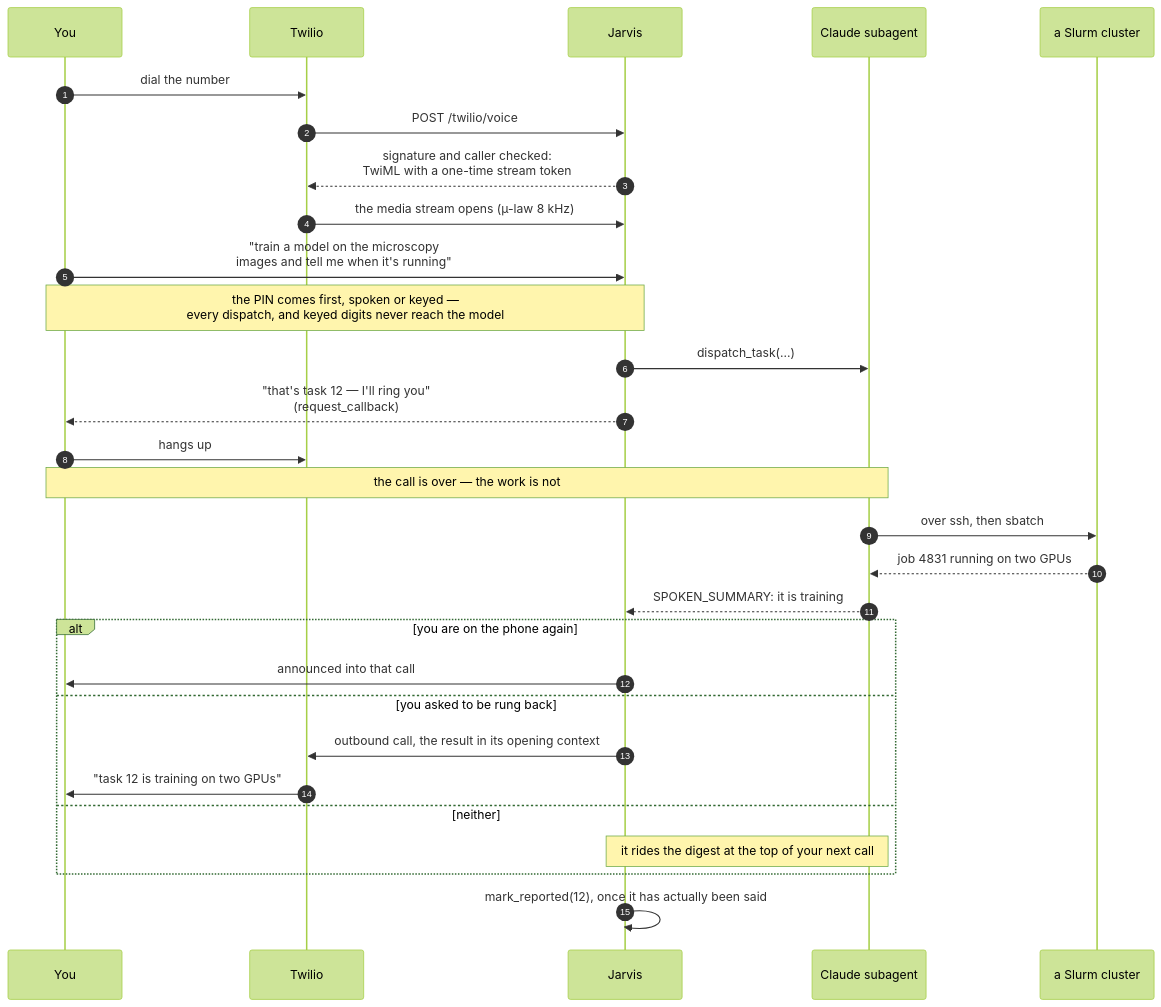
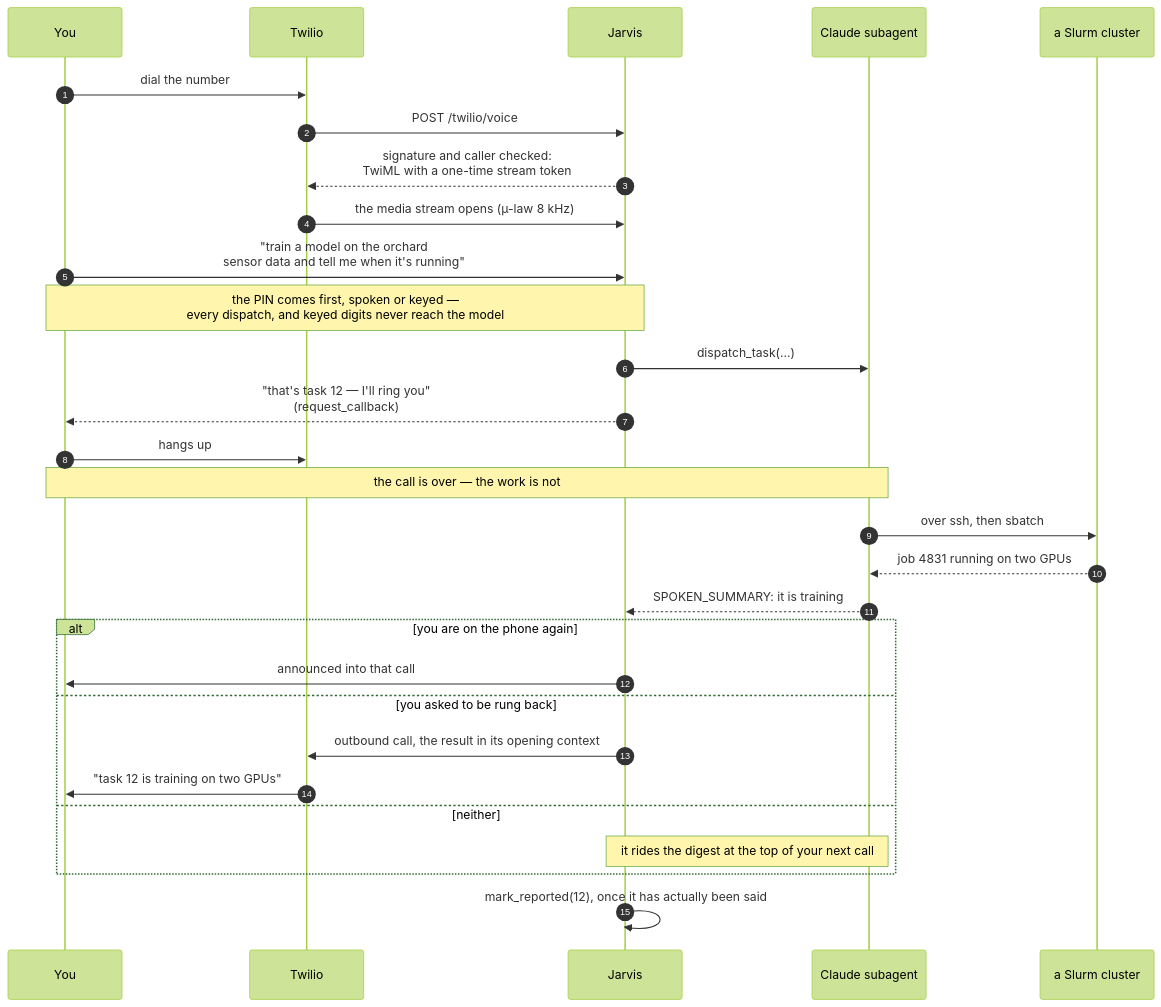
The first of 2 diagrams in README.md (wak31415/keryx), drawn with Mermaid (forest theme) before and after one commit. The commit also changed other lines of this file and 2 other files, not shown here.

Commit message:
test: use invented project names in fixtures and examples
Two prompt tests and the project-brief test named real projects, and the
README's examples did the same. They now use the invented orchard and
weather-station projects the rest of the suite already speaks about.

````diff
--- a/README.md
+++ b/README.md
@@ -34,32 +34,32 @@
 ```mermaid
 sequenceDiagram
     autonumber
     participant U as You
     participant T as Twilio
     participant J as Jarvis
     participant C as Claude subagent
     participant S as a Slurm cluster
 
     U->>T: dial the number
     T->>J: POST /twilio/voice
     J-->>T: signature and caller checked:<br/>TwiML with a one-time stream token
     T->>J: the media stream opens (µ-law 8 kHz)
-    U->>J: "train a model on the microscopy<br/>images and tell me when it's running"
+    U->>J: "train a model on the orchard<br/>sensor data and tell me when it's running"
     Note over U,J: the PIN comes first, spoken or keyed —<br/>every dispatch, and keyed digits never reach the model
     J->>C: dispatch_task(…)
     J-->>U: "that's task 12 — I'll ring you"<br/>(request_callback)
     U->>T: hangs up
     Note over U,C: the call is over — the work is not
     C->>S: over ssh, then sbatch
     S-->>C: job 4831 running on two GPUs
     C-->>J: SPOKEN_SUMMARY: it is training
     alt you are on the phone again
         J->>U: announced into that call
     else you asked to be rung back
         J->>T: outbound call, the result in its opening context
         T->>U: "task 12 is training on two GPUs"
     else neither
         Note over J,C: it rides the digest at the top of your next call
     end
     J->>J: mark_reported(12), once it has actually been said
 ```
````
